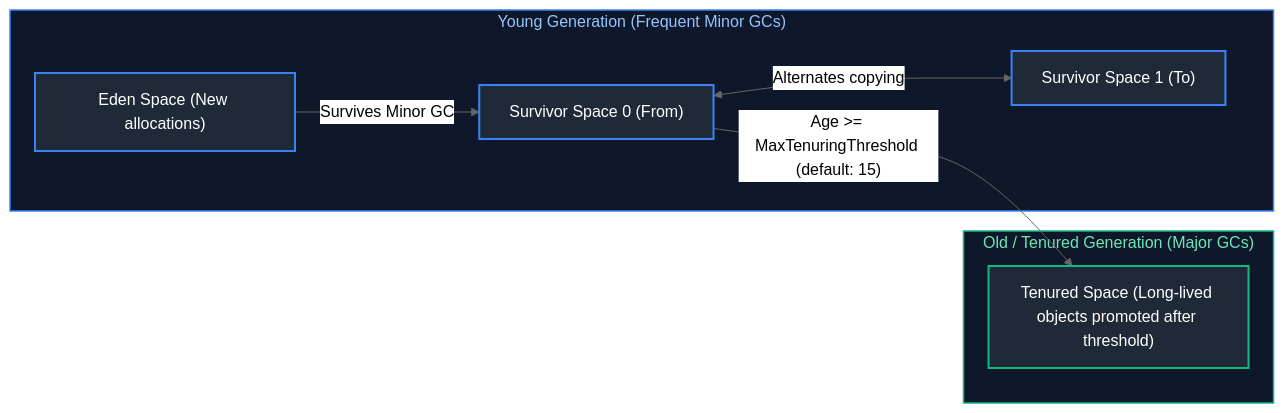
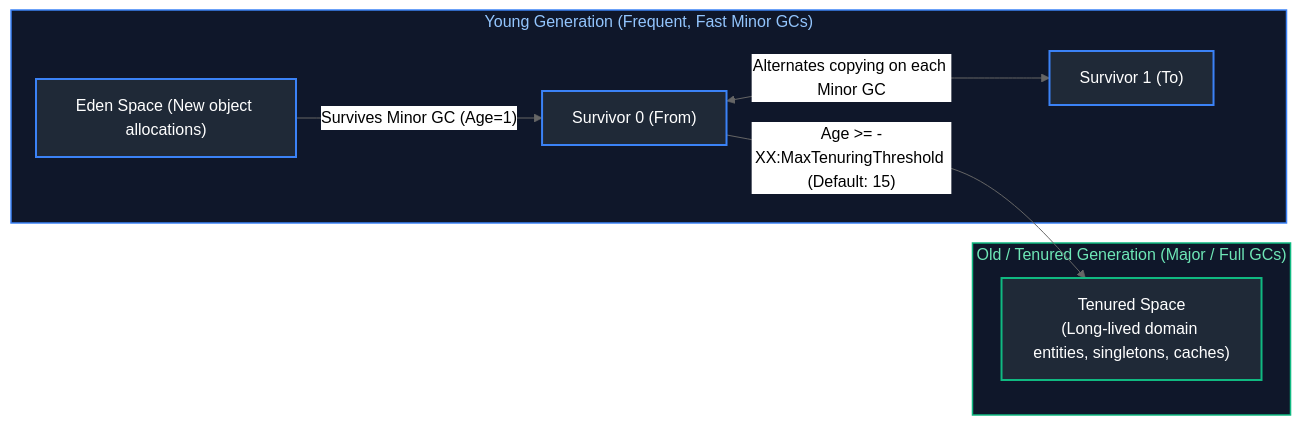
One commit to joydeep-biswas/Interview-Preparation changed the third of 11 diagrams in Java Backend Engineering/05_jvm_memory_io_reflection_runtime.md. Above: the diagram before and after it, drawn with Mermaid (neutral theme). The commit also changed other lines of this file and 143 other files, not shown here.

````diff
--- a/Java Backend Engineering/05_jvm_memory_io_reflection_runtime.md
+++ b/Java Backend Engineering/05_jvm_memory_io_reflection_runtime.md
@@ -226,24 +343,23 @@
 ```mermaid
 flowchart LR
-    subgraph YoungGen["Young Generation (Frequent Minor GCs)"]
-        Eden["Eden Space (New allocations)"]
-        S0["Survivor Space 0 (From)"]
-        S1["Survivor Space 1 (To)"]
+    subgraph YoungGen ["Young Generation (Frequent, Fast Minor GCs)"]
+        Eden["Eden Space (New object allocations)"]
+        S0["Survivor 0 (From)"]
+        S1["Survivor 1 (To)"]
     end
 
-    subgraph OldGen["Old / Tenured Generation (Major GCs)"]
-        Tenured["Tenured Space (Long-lived objects promoted after threshold)"]
+    subgraph OldGen ["Old / Tenured Generation (Major / Full GCs)"]
+        Tenured["Tenured Space<br/>(Long-lived domain entities, singletons, caches)"]
     end
 
-    Eden -->|Survives Minor GC| S0
-    S0 <-->|Alternates copying| S1
-    S0 -->|"Age >= MaxTenuringThreshold (default: 15)"| Tenured
+    Eden -->|"Survives Minor GC (Age=1)"| S0
+    S0 <-->|"Alternates copying on each Minor GC"| S1
+    S0 -->|"Age >= -XX:MaxTenuringThreshold (Default: 15)"| Tenured
 
     style YoungGen fill:#0f172a,stroke:#3b82f6,stroke-width:1.5px,color:#93c5fd
     style OldGen fill:#0f172a,stroke:#10b981,stroke-width:1.5px,color:#6ee7b7
-
     style Eden fill:#1f2937,stroke:#3b82f6,stroke-width:2px,color:#fff
     style S0 fill:#1f2937,stroke:#3b82f6,stroke-width:2px,color:#fff
     style S1 fill:#1f2937,stroke:#3b82f6,stroke-width:2px,color:#fff
     style Tenured fill:#1f2937,stroke:#10b981,stroke-width:2px,color:#fff
 ```
````
